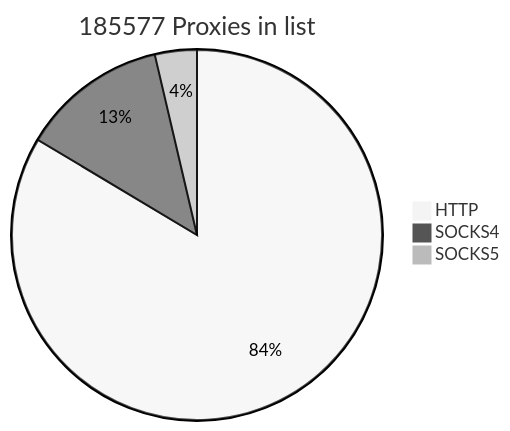
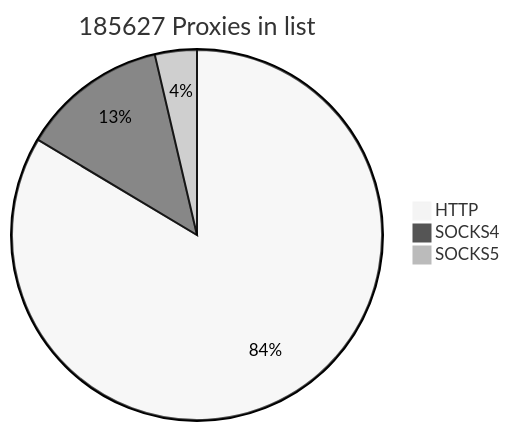
The first of 2 diagrams in README.md (cutipu/proxylist), drawn with Mermaid (neutral theme) before and after one commit. The commit also changed other lines of this file, not shown here.

````diff
--- a/README.md
+++ b/README.md
@@ -2,7 +2,7 @@
 ```mermaid
-pie title 185577 Proxies in list
-    "HTTP" : 155106
+pie title 185627 Proxies in list
+    "HTTP" : 155156
     "SOCKS4" : 23679
     "SOCKS5" : 6792
             
 ```
````
